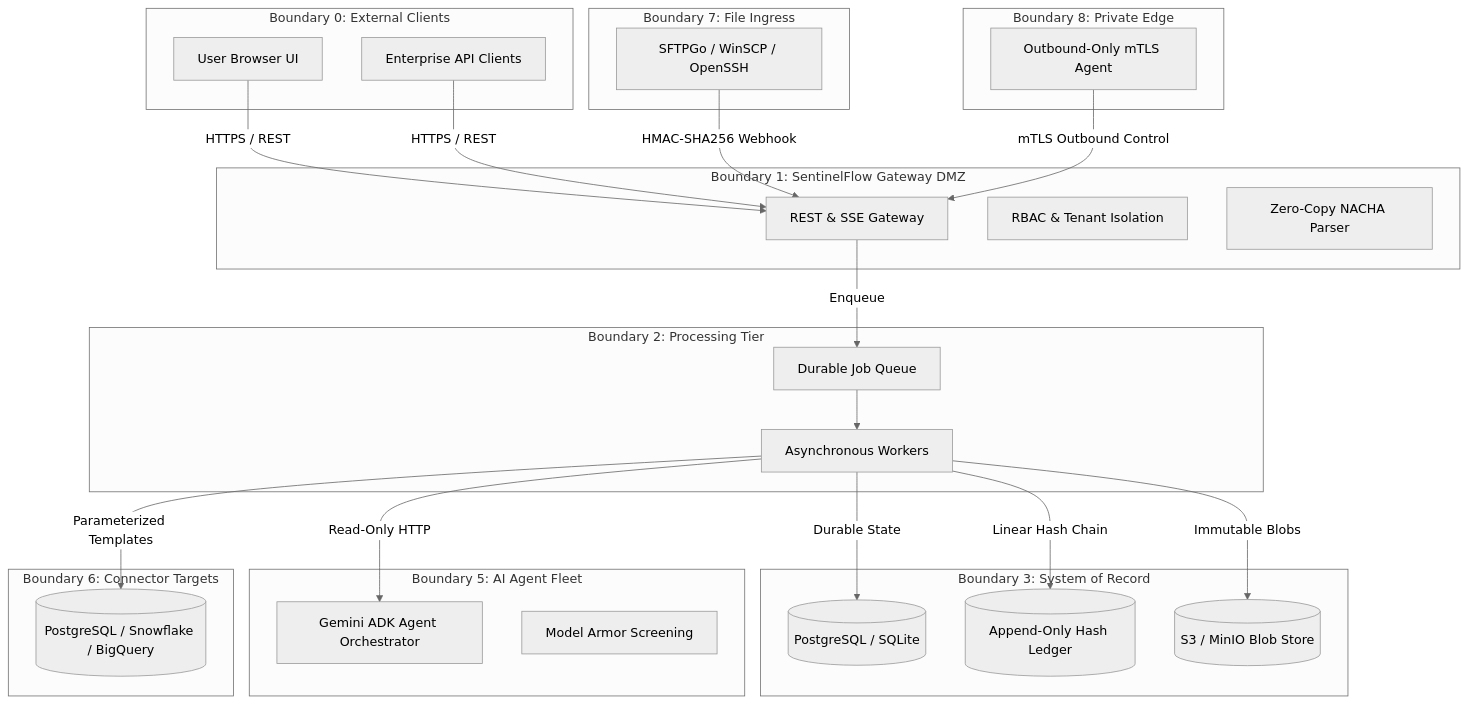
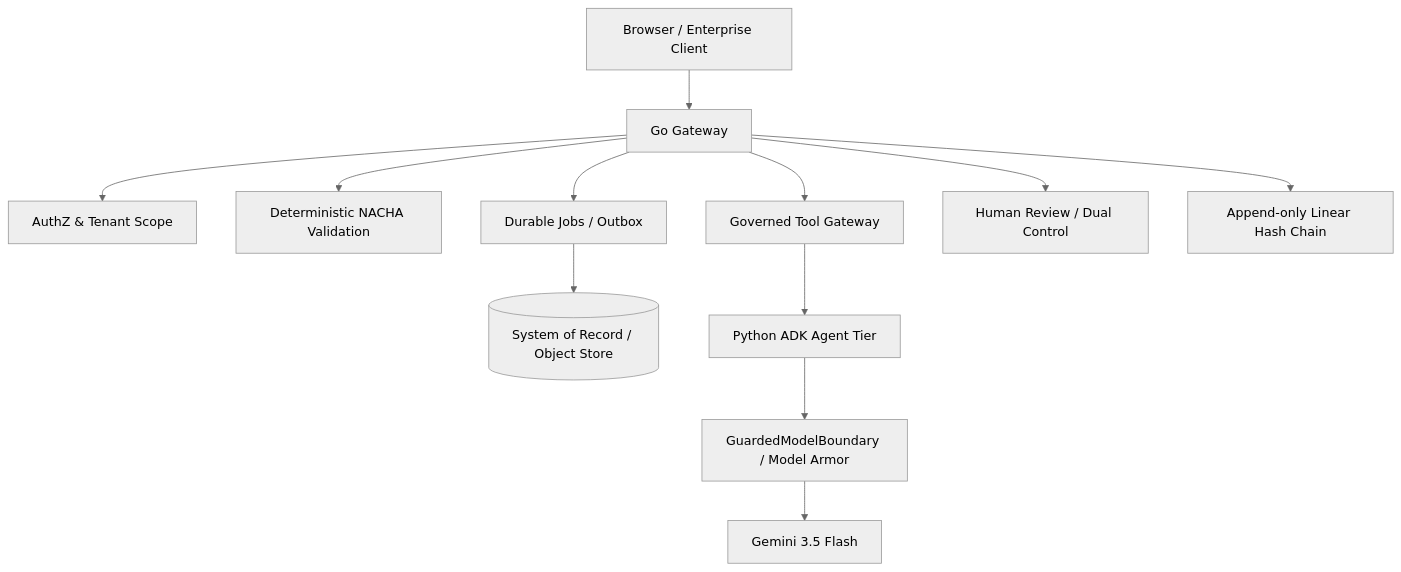
One commit to YashwanthGathuku/didactic-octo-funicular changed the diagram in README.md. Above: the diagram before and after it, drawn with Mermaid (neutral theme). The commit also changed other lines of this file, not shown here.

Commit message:
docs(p12.5): refresh README with governed return-intelligence truth

````diff
--- a/README.md
+++ b/README.md
@@ -28,53 +90,14 @@
 ```mermaid
 graph TD
-    subgraph Boundary 0: External Clients
-        Browser[User Browser UI]
-        APIClient[Enterprise API Clients]
-    end
-
-    subgraph Boundary 7: File Ingress
-        SFTP[SFTPGo / WinSCP / OpenSSH]
-    end
-
-    subgraph Boundary 1: SentinelFlow Gateway DMZ
-        API[REST & SSE Gateway]
-        AuthZ[RBAC & Tenant Isolation]
-        Parser[Zero-Copy NACHA Parser]
-    end
-
-    subgraph Boundary 2: Processing Tier
-        Queue[Durable Job Queue]
-        Workers[Asynchronous Workers]
-    end
-
-    subgraph Boundary 3: System of Record
-        DB[(PostgreSQL / SQLite)]
-        Ledger[(Append-Only Hash Ledger)]
-        Storage[(S3 / MinIO Blob Store)]
-    end
-
-    subgraph Boundary 5: AI Agent Fleet
-        AI[Gemini ADK Agent Orchestrator]
-        ModelArmor[Model Armor Screening]
-    end
-
-    subgraph Boundary 6: Connector Targets
-        CustomerDB[(PostgreSQL / Snowflake / BigQuery)]
-    end
-
-    subgraph Boundary 8: Private Edge
-        EdgeAgent[Outbound-Only mTLS Agent]
-    end
-
-    Browser -->|HTTPS / REST| API
-    APIClient -->|HTTPS / REST| API
-    SFTP -->|HMAC-SHA256 Webhook| API
-    API -->|Enqueue| Queue
-    Queue --> Workers
-    Workers -->|Durable State| DB
-    Workers -->|Linear Hash Chain| Ledger
-    Workers -->|Immutable Blobs| Storage
-    Workers -->|Read-Only HTTP| AI
-    Workers -->|Parameterized Templates| CustomerDB
-    EdgeAgent -->|mTLS Outbound Control| API
+    Client[Browser / Enterprise Client] --> Gateway[Go Gateway]
+    Gateway --> Auth[AuthZ & Tenant Scope]
+    Gateway --> Parser[Deterministic NACHA Validation]
+    Gateway --> Queue[Durable Jobs / Outbox]
+    Queue --> Store[(System of Record / Object Store)]
+    Gateway --> ToolGateway[Governed Tool Gateway]
+    ToolGateway --> AI[Python ADK Agent Tier]
+    AI --> Boundary[GuardedModelBoundary / Model Armor]
+    Boundary --> Gemini[Gemini 3.5 Flash]
+    Gateway --> Review[Human Review / Dual Control]
+    Gateway --> Ledger[Append-only Linear Hash Chain]
 ```
````
